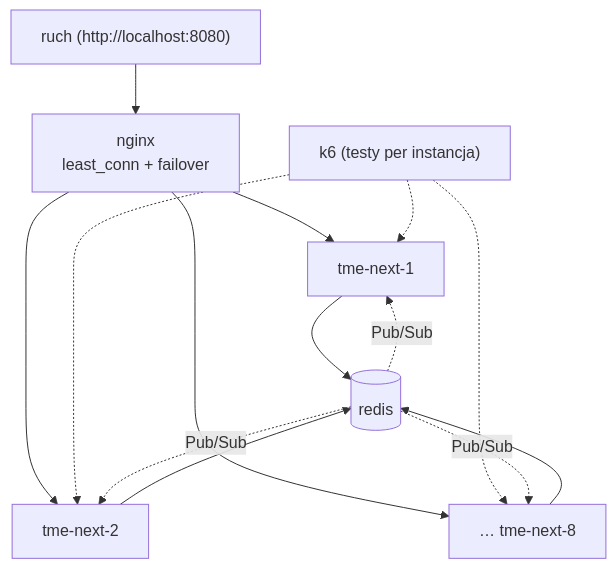
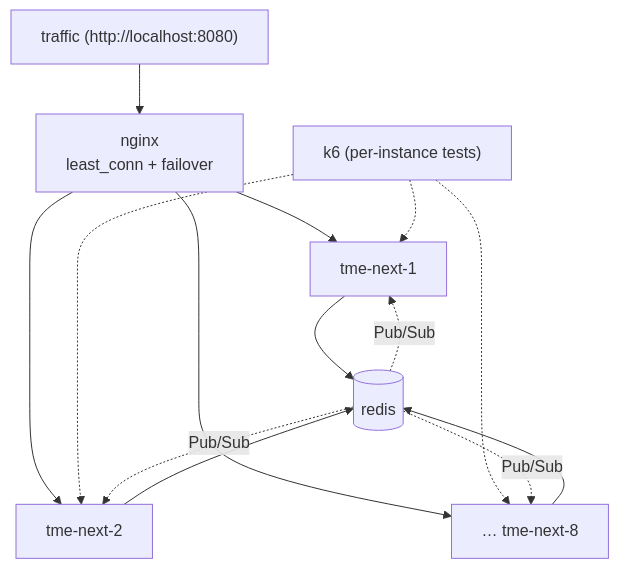
One commit to Regnar110/cursor-playground changed the seventh of 7 diagrams in apps/tmeNext/docs/CACHING.md. Above: the diagram before and after it, drawn with Mermaid. The commit also changed other lines of this file and 3 other files, not shown here.

````diff
--- a/apps/tmeNext/docs/CACHING.md
+++ b/apps/tmeNext/docs/CACHING.md
@@ -244,8 +245,8 @@
 ```mermaid
 flowchart TD
-    U["ruch (http://localhost:8080)"] --> LB["nginx<br/>least_conn + failover"]
+    U["traffic (http://localhost:8080)"] --> LB["nginx<br/>least_conn + failover"]
     LB --> I1["tme-next-1"] & I2["tme-next-2"] & IN["… tme-next-8"]
-    K6["k6 (testy per instancja)"] -.-> I1 & I2 & IN
+    K6["k6 (per-instance tests)"] -.-> I1 & I2 & IN
     I1 & I2 & IN --> R[("redis")]
     R -.->|Pub/Sub| I1 & I2 & IN
 ```
````
